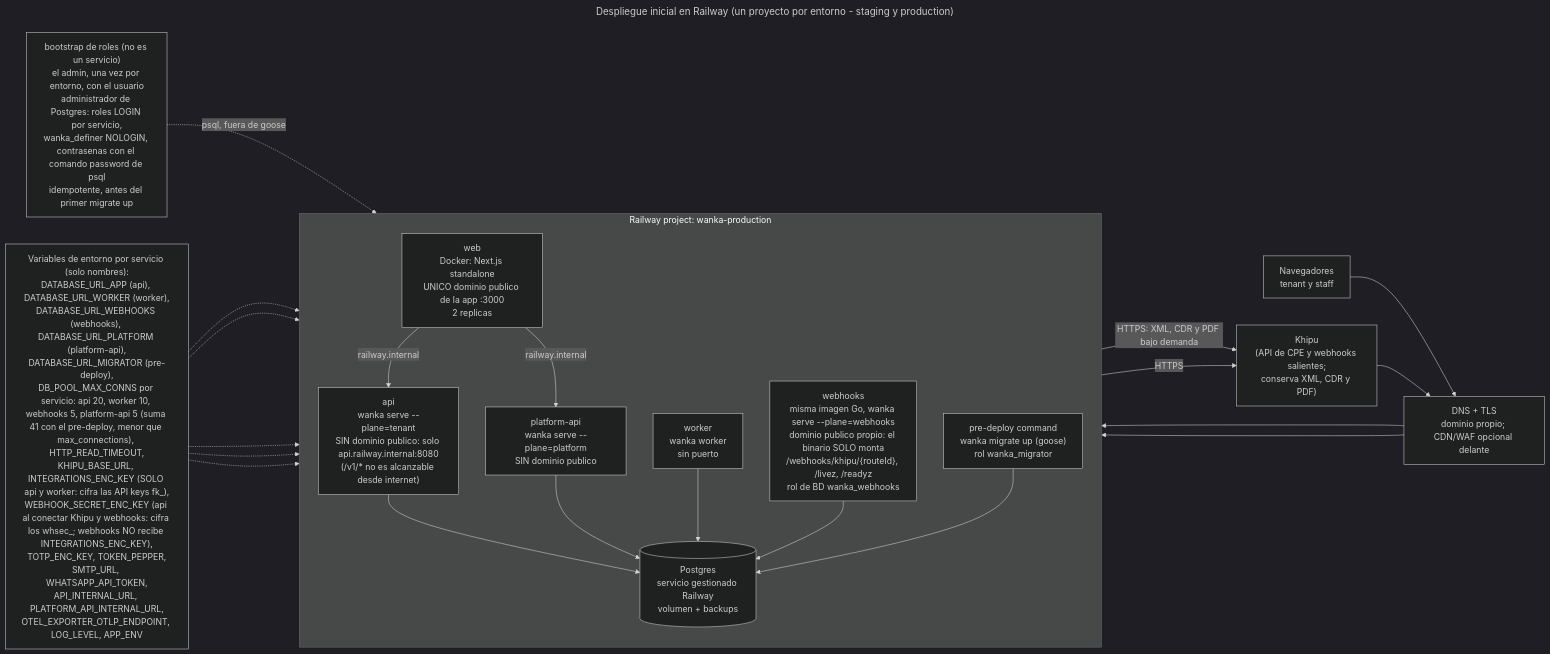
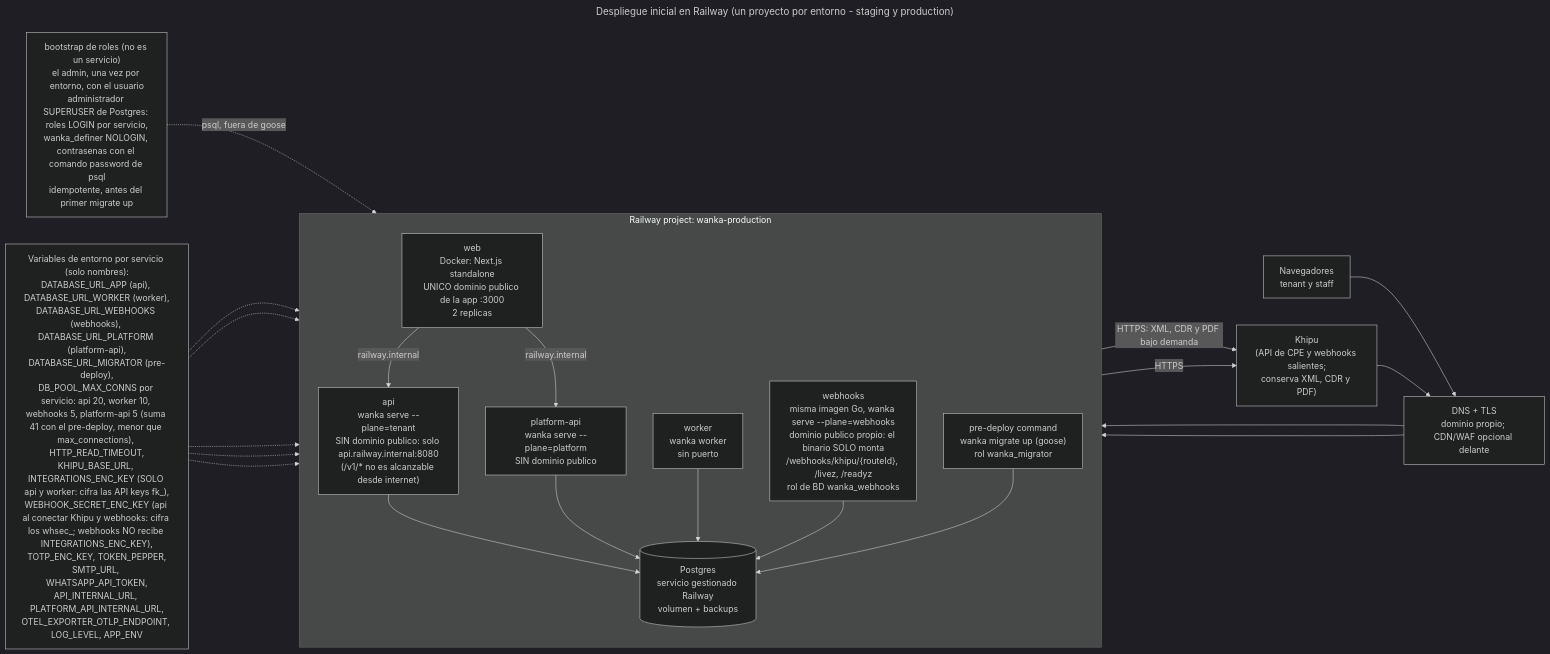
The diagram in docs/architecture/deployment/railway.mmd (bacsystem/wanka), drawn with Mermaid (dark theme) before and after one commit. The commit also changed 3 other files, not shown here.

First line of the commit message:
docs(arch): require SUPERUSER for the role bootstrap

```diff
--- a/docs/architecture/deployment/railway.mmd
+++ b/docs/architecture/deployment/railway.mmd
@@ -1,40 +1,40 @@
 ---
 title: Despliegue inicial en Railway (un proyecto por entorno - staging y production)
 ---
 flowchart LR
   user["Navegadores<br/>tenant y staff"]
   khipu["Khipu<br/>(API de CPE y webhooks salientes;<br/>conserva XML, CDR y PDF)"]
   dns["DNS + TLS<br/>dominio propio; CDN/WAF opcional delante"]
 
   subgraph railway["Railway project: wanka-production"]
     direction TB
     web["web<br/>Docker: Next.js standalone<br/>UNICO dominio publico de la app :3000<br/>2 replicas"]
     webhooks["webhooks<br/>misma imagen Go, wanka serve --plane=webhooks<br/>dominio publico propio: el binario SOLO monta<br/>/webhooks/khipu/{routeId}, /livez, /readyz<br/>rol de BD wanka_webhooks"]
     api["api<br/>wanka serve --plane=tenant<br/>SIN dominio publico: solo api.railway.internal:8080<br/>(/v1/* no es alcanzable desde internet)"]
     papi["platform-api<br/>wanka serve --plane=platform<br/>SIN dominio publico"]
     worker["worker<br/>wanka worker<br/>sin puerto"]
     migrate["pre-deploy command<br/>wanka migrate up (goose)<br/>rol wanka_migrator"]
     pg[("Postgres<br/>servicio gestionado Railway<br/>volumen + backups")]
   end
 
-  bootstrap["bootstrap de roles (no es un servicio)<br/>el admin, una vez por entorno, con el usuario<br/>administrador de Postgres: roles LOGIN por servicio,<br/>wanka_definer NOLOGIN, contrasenas con el comando password de psql<br/>idempotente, antes del primer migrate up"]
+  bootstrap["bootstrap de roles (no es un servicio)<br/>el admin, una vez por entorno, con el usuario<br/>administrador SUPERUSER de Postgres: roles LOGIN por servicio,<br/>wanka_definer NOLOGIN, contrasenas con el comando password de psql<br/>idempotente, antes del primer migrate up"]
 
   secrets["Variables de entorno por servicio (solo nombres):<br/>DATABASE_URL_APP (api), DATABASE_URL_WORKER (worker),<br/>DATABASE_URL_WEBHOOKS (webhooks), DATABASE_URL_PLATFORM (platform-api),<br/>DATABASE_URL_MIGRATOR (pre-deploy),<br/>DB_POOL_MAX_CONNS por servicio: api 20, worker 10, webhooks 5, platform-api 5 (suma 41 con el pre-deploy, menor que max_connections), HTTP_READ_TIMEOUT,<br/>KHIPU_BASE_URL, INTEGRATIONS_ENC_KEY (SOLO api y worker: cifra las API keys fk_),<br/>WEBHOOK_SECRET_ENC_KEY (api al conectar Khipu y webhooks: cifra los whsec_; webhooks NO recibe INTEGRATIONS_ENC_KEY),<br/>TOTP_ENC_KEY, TOKEN_PEPPER,<br/>SMTP_URL, WHATSAPP_API_TOKEN,<br/>API_INTERNAL_URL, PLATFORM_API_INTERNAL_URL,<br/>OTEL_EXPORTER_OTLP_ENDPOINT, LOG_LEVEL, APP_ENV"]
 
   user --> dns --> web
   khipu --> dns --> webhooks
   web -->|"railway.internal"| api
   web -->|"railway.internal"| papi
   api --> pg
   papi --> pg
   worker --> pg
   webhooks --> pg
   migrate --> pg
   bootstrap -.->|"psql, fuera de goose"| pg
   api -->|"HTTPS: XML, CDR y PDF bajo demanda"| khipu
   worker -->|"HTTPS"| khipu
   secrets -.-> api
   secrets -.-> papi
   secrets -.-> worker
   secrets -.-> webhooks
   secrets -.-> web
```
